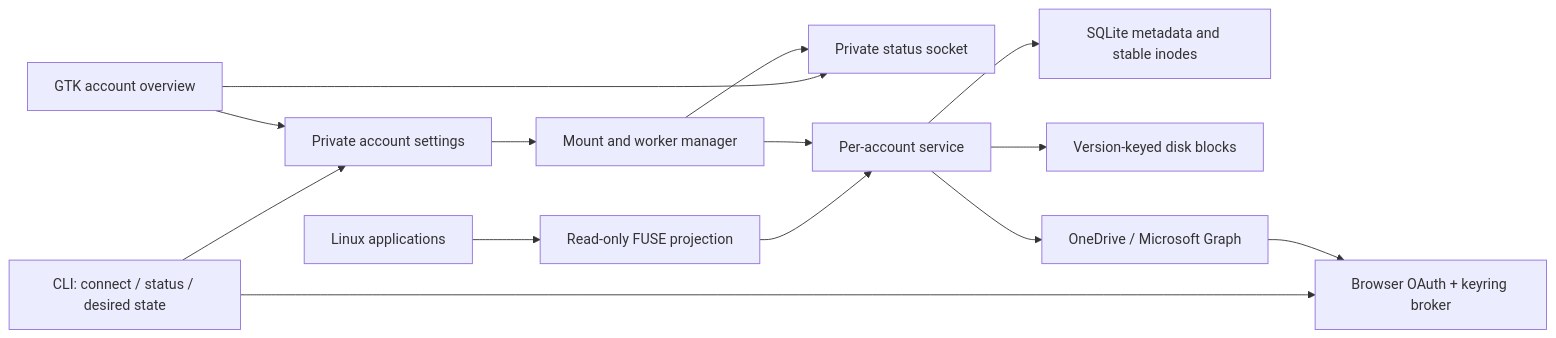
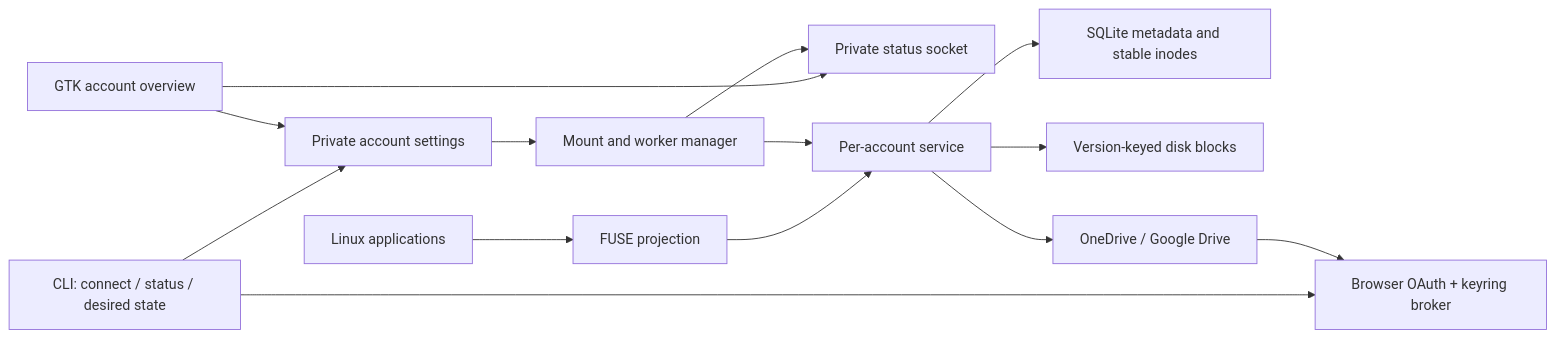
The diagram in docs/architecture.md (Dandiccf/cirrove), drawn with Mermaid before and after one commit. The commit also changed other lines of this file and 31 other files, not shown here.

Commit message:
Enable writable Google Drive mounts

````diff
--- a/docs/architecture.md
+++ b/docs/architecture.md
@@ -23,16 +23,16 @@
 ```mermaid
 flowchart LR
     CLI[CLI: connect / status / desired state] --> Settings[Private account settings]
     CLI --> Auth[Browser OAuth + keyring broker]
     Desktop[GTK account overview] --> Settings
     Desktop --> Status[Private status socket]
     Manager --> Status
-    Apps[Linux applications] --> FUSE[Read-only FUSE projection]
+    Apps[Linux applications] --> FUSE[FUSE projection]
     FUSE --> Engine[Per-account service]
     Engine --> Store[SQLite metadata and stable inodes]
     Engine --> Cache[Version-keyed disk blocks]
-    Engine --> Graph[OneDrive / Microsoft Graph]
-    Graph --> Auth
+    Engine --> Provider[OneDrive / Google Drive]
+    Provider --> Auth
     Settings --> Manager[Mount and worker manager]
     Manager --> Engine
 ```
````
